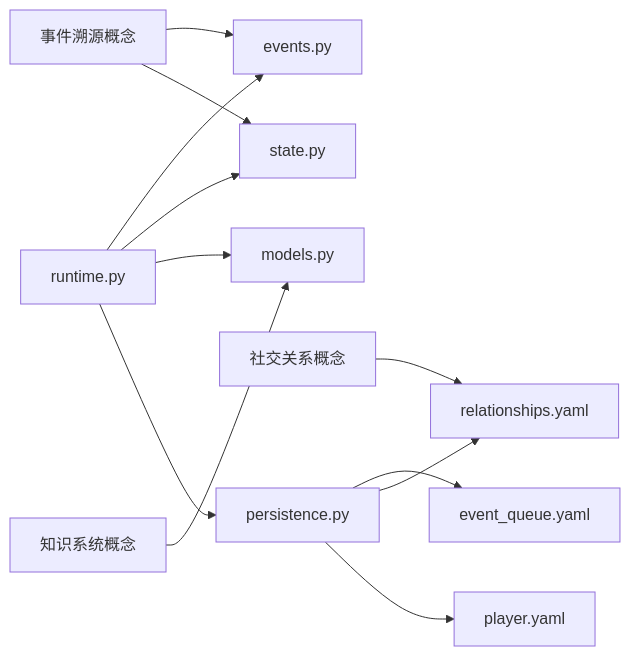
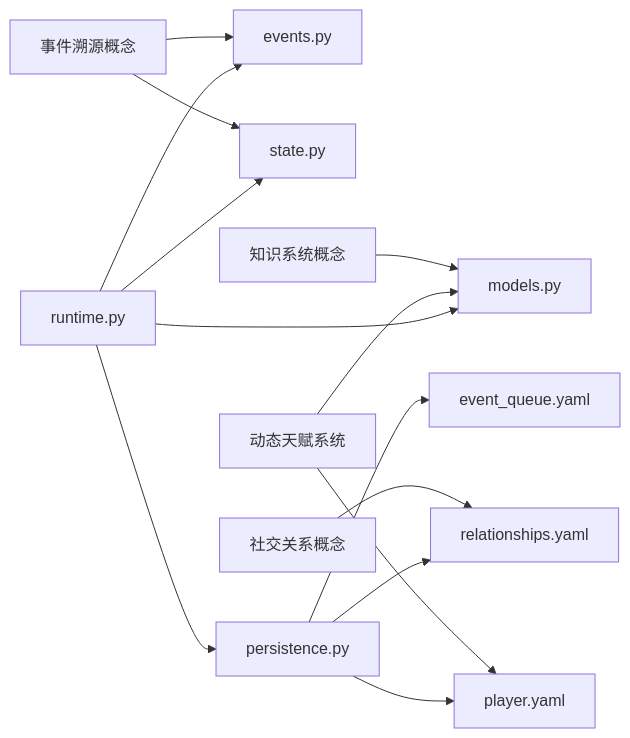
The eighth of 8 diagrams in .qoder/repowiki/zh/content/项目概览/核心概念/核心概念.md (Ivandanslespace/thegreatnovel), drawn with Mermaid before and after one commit. The commit also changed other lines of this file and 64 other files, not shown here.

````diff
--- a/.qoder/repowiki/zh/content/项目概览/核心概念/核心概念.md
+++ b/.qoder/repowiki/zh/content/项目概览/核心概念/核心概念.md
@@ -314,14 +367,16 @@
 ```mermaid
 graph LR
 ES["事件溯源概念"] --> EVT["events.py"]
 ES --> ST["state.py"]
 KS["知识系统概念"] --> MODELS["models.py"]
 SS["社交关系概念"] --> REL["relationships.yaml"]
+DTS["动态天赋系统"] --> MODELS
+DTS --> PLR["player.yaml"]
 RT["runtime.py"] --> EVT
 RT --> ST
 RT --> MODELS
 RT --> PERSIST["persistence.py"]
 PERSIST --> EQ["event_queue.yaml"]
 PERSIST --> REL
-PERSIST --> PLR["player.yaml"]
+PERSIST --> PLR
 ```
````
